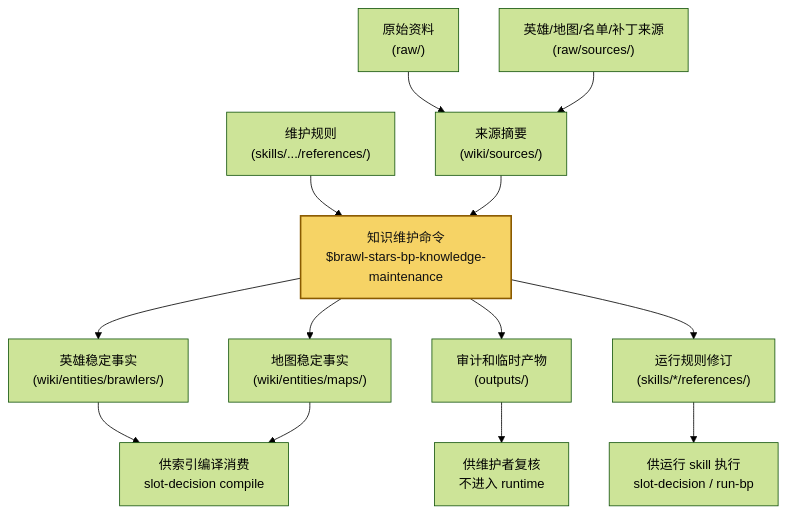
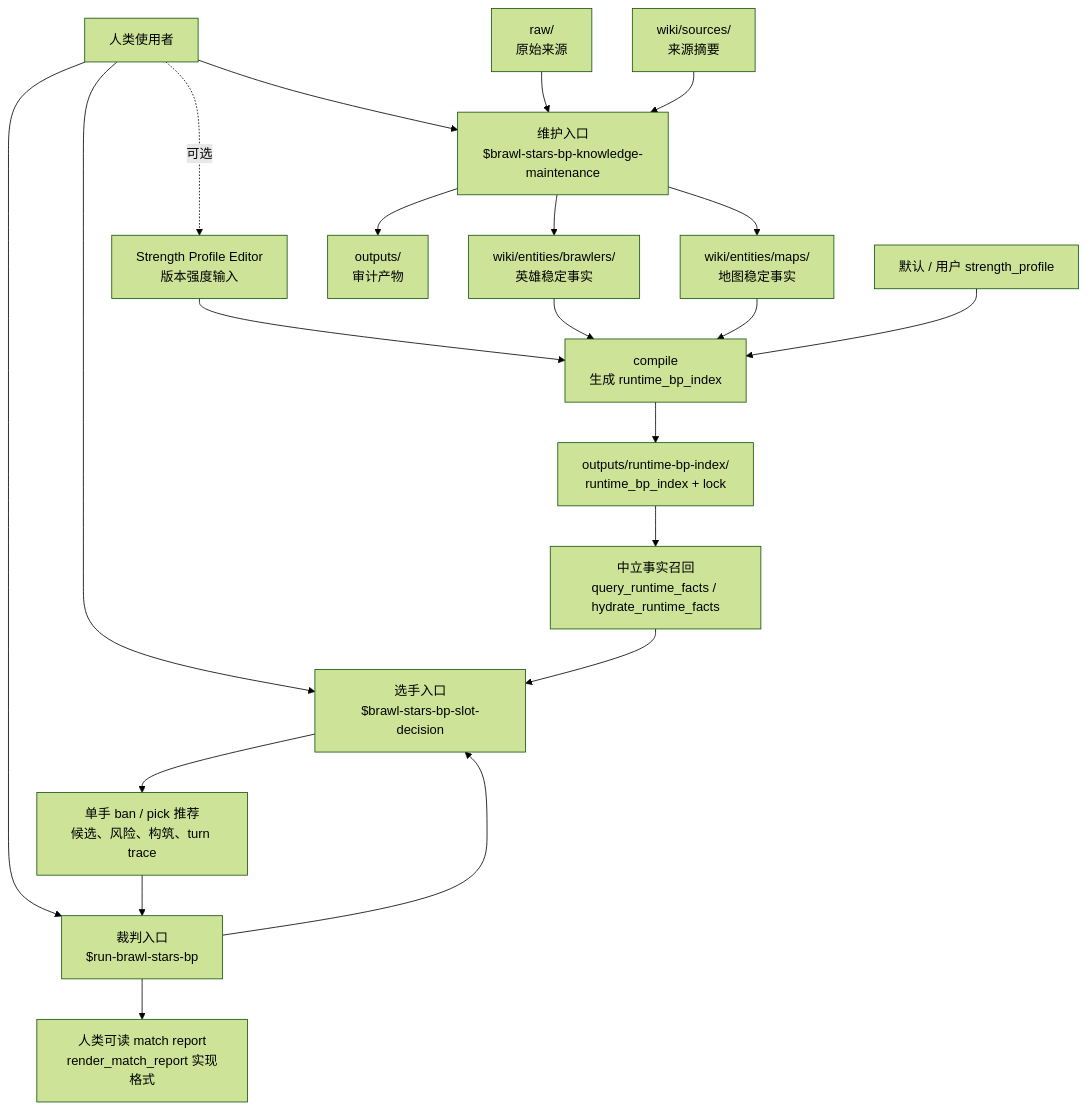
One commit to josephmax/brawlstar-wiki changed the diagram in README.md. Above: the diagram before and after it, drawn with Mermaid (forest theme). The commit also changed other lines of this file and 38 other files, not shown here.

First line of the commit message:
brawlstar: add runtime index tooling, strength-profile editor, and July 2026 tier list

````diff
--- a/README.md
+++ b/README.md
@@ -83,20 +98,27 @@
 ```mermaid
 flowchart TD
-  A["原始资料<br/>(raw/)"] --> B["来源摘要<br/>(wiki/sources/)"]
-  C["英雄/地图/名单/补丁来源<br/>(raw/sources/)"] --> B
-  D["维护规则<br/>(skills/.../references/)"] --> E["知识维护命令<br/>$brawl-stars-bp-knowledge-maintenance"]
-  B --> E
+  U["人类使用者"] --> M["维护入口<br/>$brawl-stars-bp-knowledge-maintenance"]
+  U --> P["选手入口<br/>$brawl-stars-bp-slot-decision"]
+  U --> J["裁判入口<br/>$run-brawl-stars-bp"]
+  U -.可选.-> E["Strength Profile Editor<br/>版本强度输入"]
 
-  E --> F["英雄稳定事实<br/>(wiki/entities/brawlers/)"]
-  E --> G["地图稳定事实<br/>(wiki/entities/maps/)"]
-  E --> H["审计和临时产物<br/>(outputs/)"]
-  E --> I["运行规则修订<br/>(skills/*/references/)"]
+  R["raw/<br/>原始来源"] --> M
+  S["wiki/sources/<br/>来源摘要"] --> M
+  M --> B["wiki/entities/brawlers/<br/>英雄稳定事实"]
+  M --> A["wiki/entities/maps/<br/>地图稳定事实"]
+  M --> O["outputs/<br/>审计产物"]
 
-  F --> J["供索引编译消费<br/>slot-decision compile"]
-  G --> J
-  I --> K["供运行 skill 执行<br/>slot-decision / run-bp"]
-  H --> L["供维护者复核<br/>不进入 runtime"]
+  E --> C["compile<br/>生成 runtime_bp_index"]
+  B --> C
+  A --> C
+  D["默认 / 用户 strength_profile"] --> C
+  C --> I["outputs/runtime-bp-index/<br/>runtime_bp_index + lock"]
 
-  classDef command fill:#f6d365,stroke:#8a5a00,stroke-width:2px,color:#111;
-  class E command;
+  I --> Q["中立事实召回<br/>query_runtime_facts / hydrate_runtime_facts"]
+  Q --> P
+  P --> X["单手 ban / pick 推荐<br/>候选、风险、构筑、turn trace"]
+
+  J --> P
+  X --> J
+  J --> H["人类可读 match report<br/>render_match_report 实现格式"]
 ```
````
